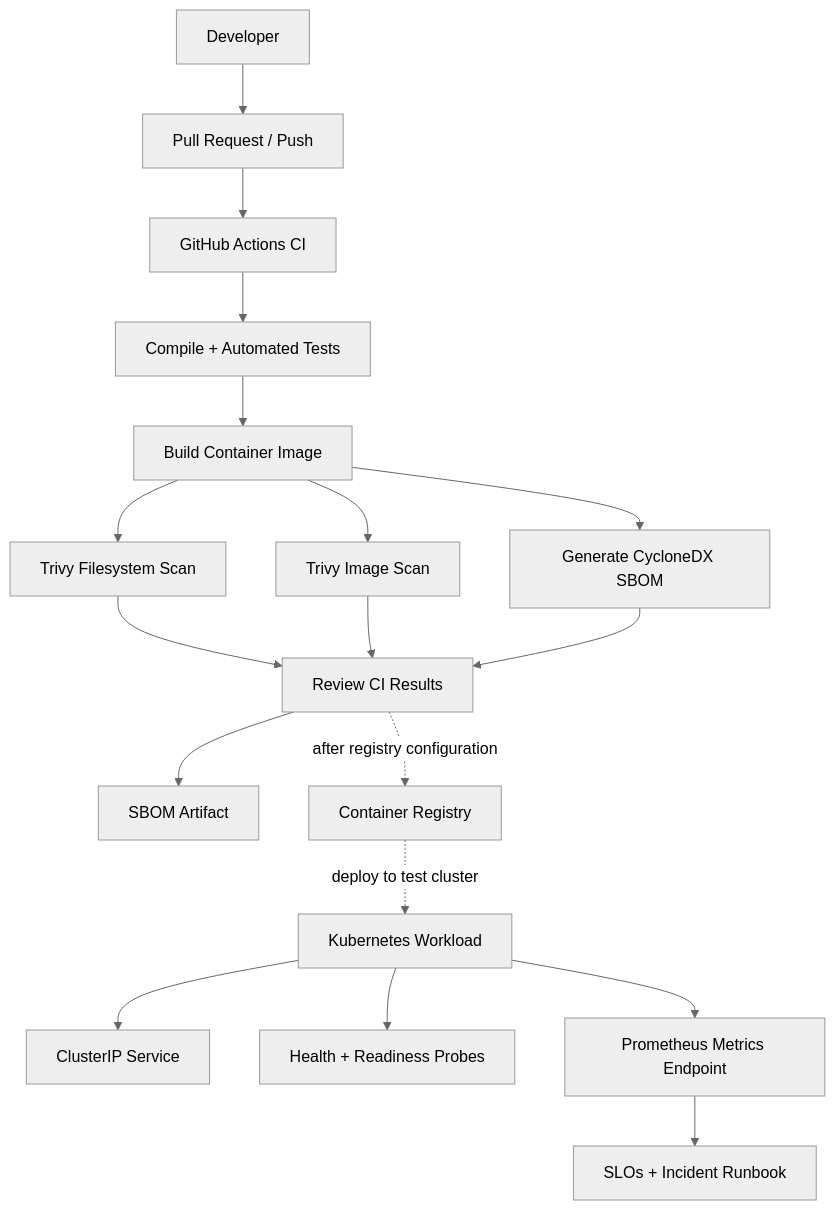
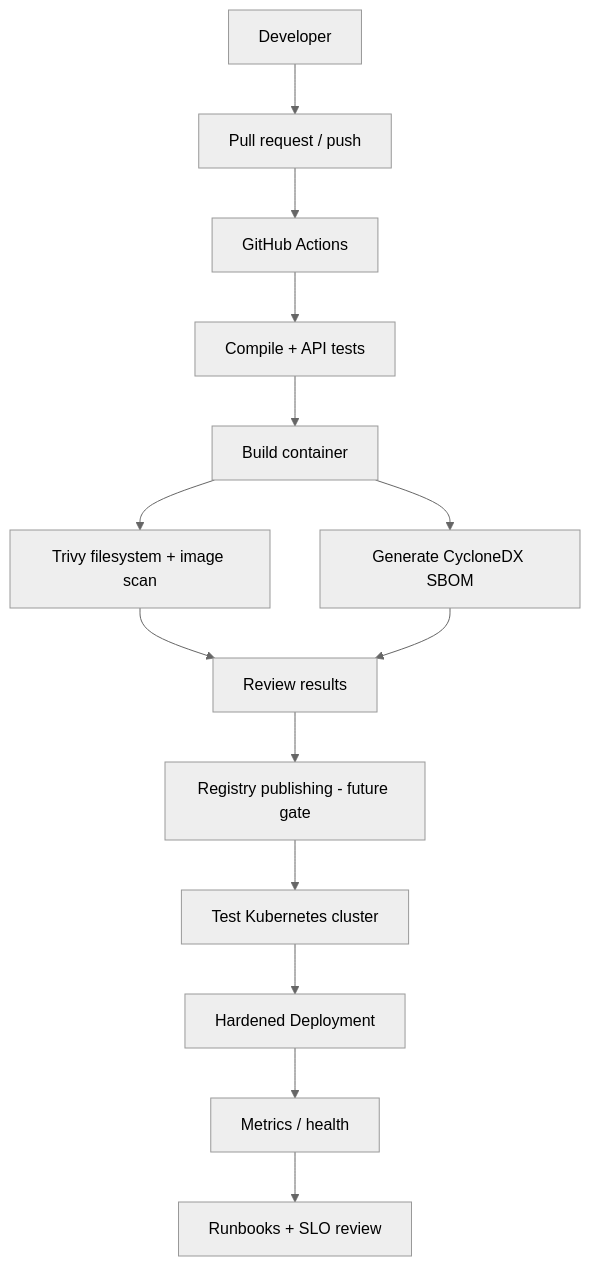
The diagram in README.md (haqueamir70-coder/secure-gitops-platform), drawn with Mermaid (neutral theme) before and after one commit. The commit also changed other lines of this file, not shown here.

````diff
--- a/README.md
+++ b/README.md
@@ -68,20 +29,16 @@
 ```mermaid
-flowchart TD
-    Dev[Developer] --> PR[Pull Request / Push]
-    PR --> CI[GitHub Actions CI]
-    CI --> Tests[Compile + Automated Tests]
-    Tests --> Build[Build Container Image]
-    Build --> FS[Trivy Filesystem Scan]
-    Build --> IMG[Trivy Image Scan]
-    Build --> SBOM[Generate CycloneDX SBOM]
-    FS --> Gate[Review CI Results]
-    IMG --> Gate
-    SBOM --> Gate
-    Gate --> Artifact[SBOM Artifact]
-    Gate -. after registry configuration .-> Registry[Container Registry]
-    Registry -. deploy to test cluster .-> K8s[Kubernetes Workload]
-    K8s --> Svc[ClusterIP Service]
-    K8s --> Probe[Health + Readiness Probes]
-    K8s --> Metrics[Prometheus Metrics Endpoint]
-    Metrics --> SRE[SLOs + Incident Runbook]
+flowchart TB
+  Dev[Developer] --> PR[Pull request / push]
+  PR --> CI[GitHub Actions]
+  CI --> Tests[Compile + API tests]
+  Tests --> Build[Build container]
+  Build --> Trivy[Trivy filesystem + image scan]
+  Build --> SBOM[Generate CycloneDX SBOM]
+  Trivy --> Review[Review results]
+  SBOM --> Review
+  Review --> Registry[Registry publishing - future gate]
+  Registry --> K8s[Test Kubernetes cluster]
+  K8s --> Workload[Hardened Deployment]
+  Workload --> Metrics[Metrics / health]
+  Metrics --> SRE[Runbooks + SLO review]
 ```
````
